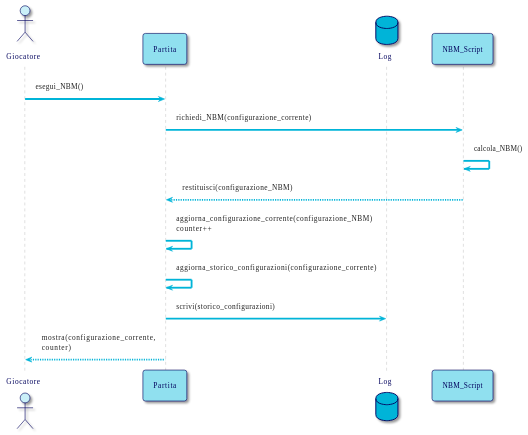
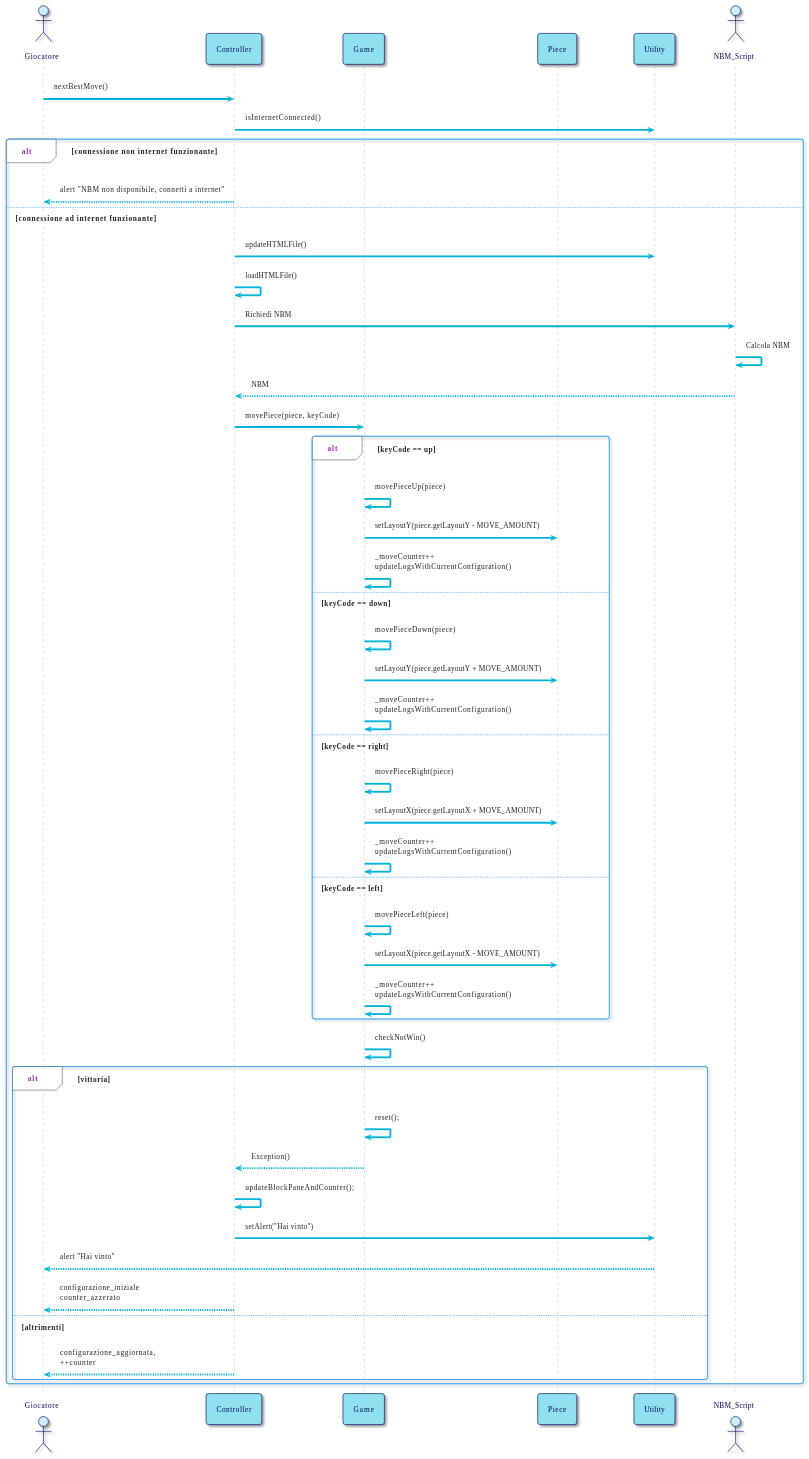
Before and after one commit to bellins14/klotski_gruppo2: the sixth of 6 diagrams in resources/Sequence_Diagrams.md, drawn with PlantUML. The commit also changed other lines of this file, not shown here.

Commit message:
NBM in Sequence_Diagrams.md

````diff
--- a/resources/Sequence_Diagrams.md
+++ b/resources/Sequence_Diagrams.md
@@ -298,21 +298,78 @@
 skinparam BackgroundColor #FFFFFF
 
 actor Giocatore 
-participant Partita
-database Log
-participant NBM_Script
+participant Controller
+participant Game
+participant Piece
+participant Utility
+actor NBM_Script
 
-Giocatore -> Partita: esegui_NBM()
 
-Partita -> NBM_Script: richiedi_NBM(configurazione_corrente)
-NBM_Script -> NBM_Script: calcola_NBM()
-NBM_Script --> Partita: restituisci(configurazione_NBM)
-    
-Partita -> Partita: aggiorna_configurazione_corrente(configurazione_NBM)\ncounter++
-Partita -> Partita: aggiorna_storico_configurazioni(configurazione_corrente)
-Partita -> Log: scrivi(storico_configurazioni)
+Giocatore -> Controller: nextBestMove()
 
-Partita --> Giocatore: mostra(configurazione_corrente,\ncounter)
+Controller -> Utility : isInternetConnected()
+
+alt connessione non internet funzionante
+  
+  Controller --> Giocatore : alert "NBM non disponibile, connetti a internet" 
+  
+else connessione ad internet funzionante
+
+  Controller -> Utility : updateHTMLFile()
+  
+  Controller -> Controller : loadHTMLFile()
+  
+  Controller -> NBM_Script : Richiedi NBM
+  
+  NBM_Script -> NBM_Script : Calcola NBM
+  
+  NBM_Script --> Controller : NBM
+  
+  Controller -> Game: movePiece(piece, keyCode)
+  alt keyCode == up
+  Game -> Game: movePieceUp(piece)
+  
+  Game -> Piece: setLayoutY(piece.getLayoutY - MOVE_AMOUNT)
+  Game -> Game: _moveCounter++ \nupdateLogsWithCurrentConfiguration()
+  
+  else keyCode == down 
+  Game -> Game: movePieceDown(piece)
+  
+  Game -> Piece: setLayoutY(piece.getLayoutY + MOVE_AMOUNT)
+  Game -> Game: _moveCounter++ \nupdateLogsWithCurrentConfiguration()
+  
+  else keyCode == right 
+  Game -> Game: movePieceRight(piece)
+  
+  Game -> Piece: setLayoutX(piece.getLayoutX + MOVE_AMOUNT)
+  Game -> Game: _moveCounter++ \nupdateLogsWithCurrentConfiguration()
+  
+  else keyCode == left 
+  Game -> Game: movePieceLeft(piece)
+  
+  Game -> Piece: setLayoutX(piece.getLayoutX - MOVE_AMOUNT)
+  Game -> Game: _moveCounter++ \nupdateLogsWithCurrentConfiguration()
+  
+  end
+  
+  Game -> Game: checkNotWin()
+  
+  alt vittoria
+  Game -> Game: reset();
+  Game --> Controller: Exception()
+  Controller -> Controller: updateBlockPaneAndCounter();
+  Controller -> Utility: setAlert("Hai vinto")
+  Utility --> Giocatore: alert "Hai vinto"
+  Controller --> Giocatore: configurazione_iniziale \ncounter_azzerato
+  
+  
+  
+  else altrimenti
+  Controller-->Giocatore: configurazione_aggiornata,\n++counter
+  end
+end
+
 
 @enduml
+@enduml
 ```
````
